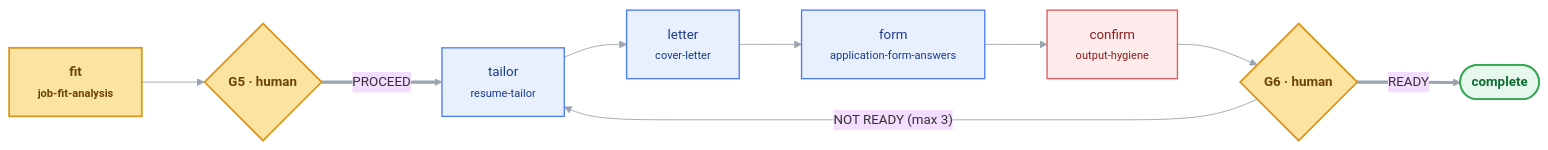
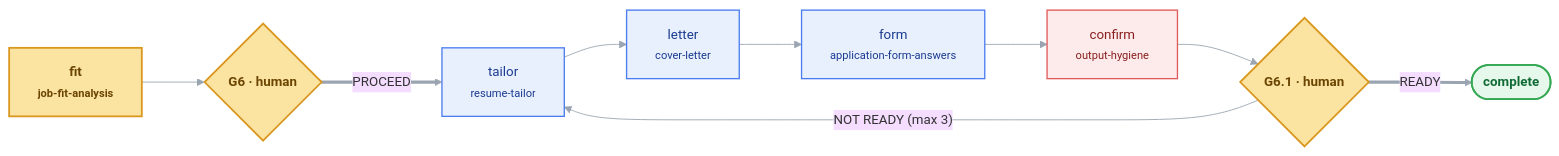
One commit to sananthanarayan/skilldrop changed the diagram in docs/loops/apply.mmd. Above: the diagram before and after it, drawn with Mermaid. The commit also changed 67 other files, not shown here.

```diff
--- a/docs/loops/apply.mmd
+++ b/docs/loops/apply.mmd
@@ -1,25 +1,25 @@
 %%{init: {'theme':'base','themeVariables':{'fontFamily':'Segoe UI, Helvetica, Arial','fontSize':'15px','lineColor':'#9AA5B1'},'flowchart':{'curve':'basis','rankSpacing':70,'nodeSpacing':50,'padding':16}}}%%
 flowchart LR
     classDef gen    fill:#E8F0FE,stroke:#4C7DF0,stroke-width:1.5px,color:#1A3A8F;
     classDef review fill:#FDEAEA,stroke:#E05B5B,stroke-width:1.5px,color:#8A1F1F;
     classDef gate   fill:#FBE3A2,stroke:#D9971E,stroke-width:2px,color:#6B4500,font-weight:bold;
     classDef ship   fill:#E6F7EC,stroke:#34A853,stroke-width:2px,color:#0F6B33,font-weight:bold;
 
     fit["fit<br/><small>job-fit-analysis</small>"]:::gate
     tailor["tailor<br/><small>resume-tailor</small>"]:::gen
     letter["letter<br/><small>cover-letter</small>"]:::gen
     form["form<br/><small>application-form-answers</small>"]:::gen
     confirm["confirm<br/><small>output-hygiene</small>"]:::review
-    G5{"G5 · human"}:::gate
     G6{"G6 · human"}:::gate
+    G6_1{"G6.1 · human"}:::gate
     DONE(["complete"]):::ship
 
-    fit --> G5
-    G5 == "PROCEED" ==> tailor
+    fit --> G6
+    G6 == "PROCEED" ==> tailor
     tailor --> letter
     letter --> form
     form --> confirm
-    confirm --> G6
-    G6 == "READY" ==> DONE
+    confirm --> G6_1
+    G6_1 == "READY" ==> DONE
 
-    G6 -- "NOT READY (max 3)" --> tailor
+    G6_1 -- "NOT READY (max 3)" --> tailor
```
